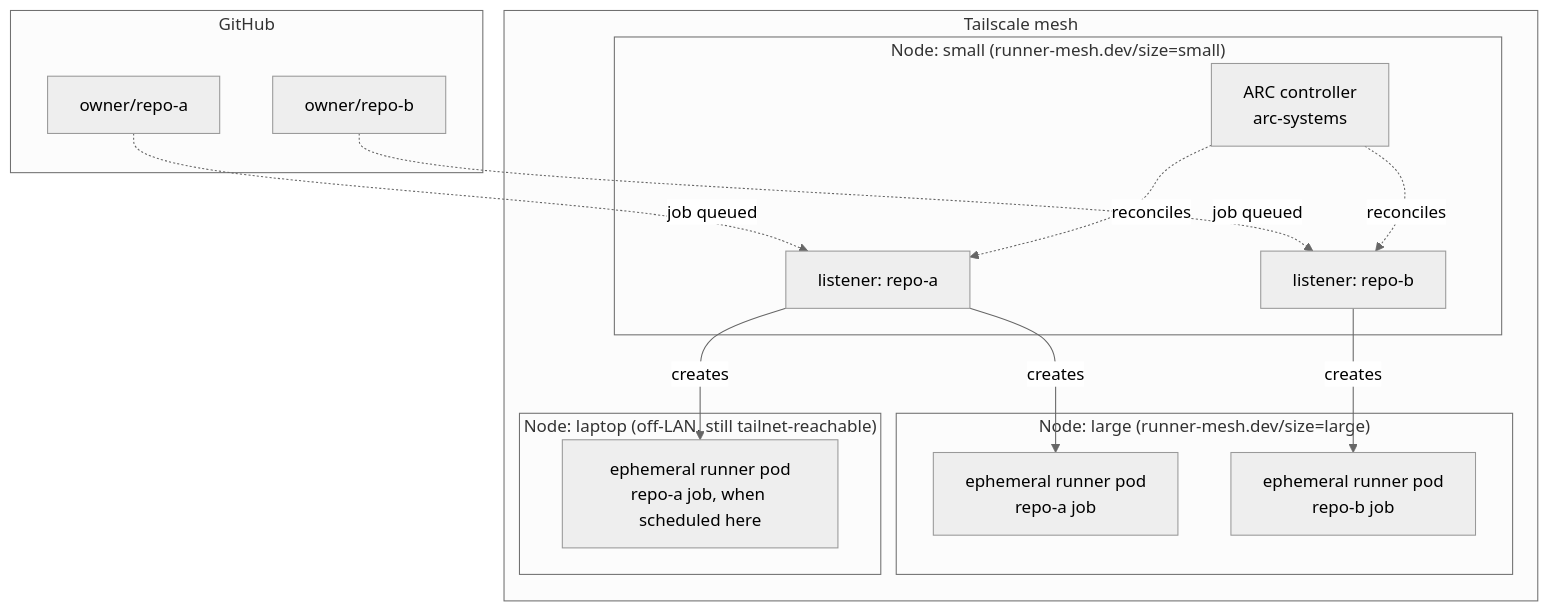
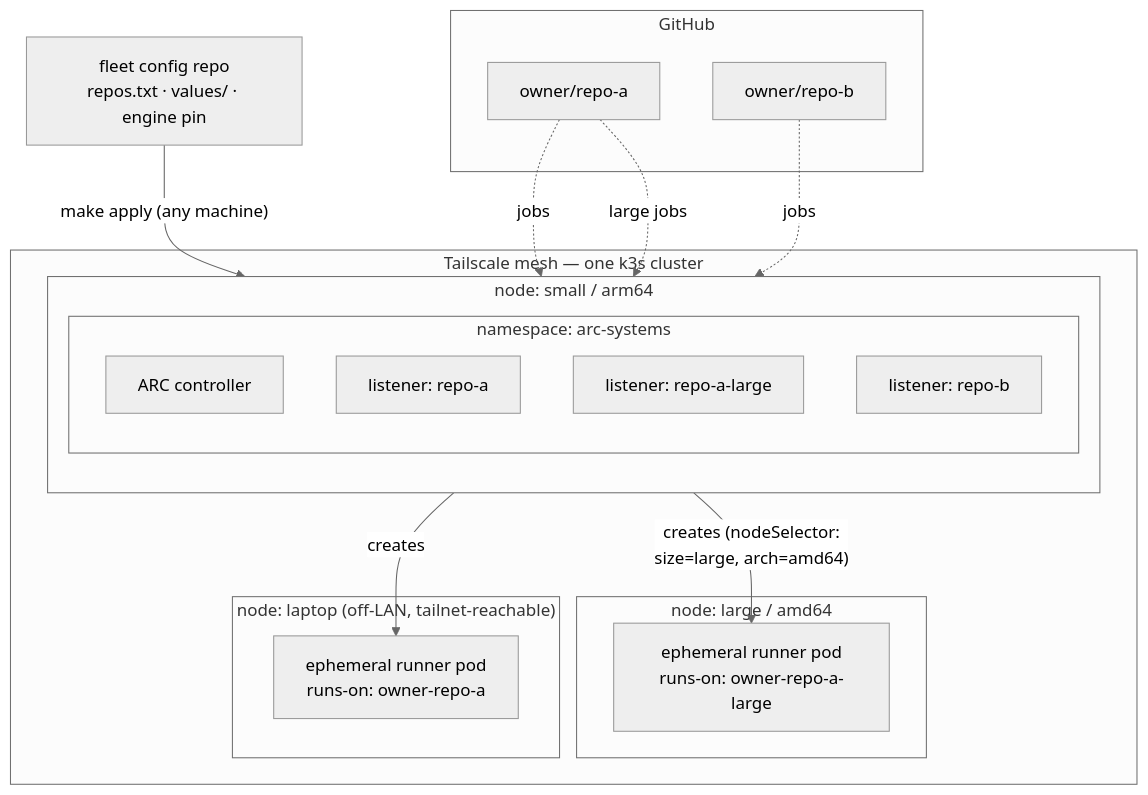
The first of 2 diagrams in README.md (eilst/runner-mesh), drawn with Mermaid (neutral theme) before and after one commit. The commit also changed other lines of this file, not shown here.

First line of the commit message:
docs: revamp README — fleet model, profile pools, honest status

````diff
--- a/README.md
+++ b/README.md
@@ -24,32 +24,36 @@
 ```mermaid
 flowchart TB
+    Fleet["fleet config repo\nrepos.txt · values/ · engine pin"]
+
     subgraph GH["GitHub"]
         RepoA[owner/repo-a]
         RepoB[owner/repo-b]
     end
 
-    subgraph TS["Tailscale mesh"]
-        subgraph Small["Node: small (runner-mesh.dev/size=small)"]
-            ARC[ARC controller\narc-systems]
-            LA[listener: repo-a]
-            LB[listener: repo-b]
+    subgraph TS["Tailscale mesh — one k3s cluster"]
+        subgraph Small["node: small / arm64"]
+            direction TB
+            subgraph Sys["namespace: arc-systems"]
+                ARC[ARC controller]
+                LA[listener: repo-a]
+                LAL[listener: repo-a-large]
+                LB[listener: repo-b]
+            end
         end
 
-        subgraph Large["Node: large (runner-mesh.dev/size=large)"]
-            RA[ephemeral runner pod\nrepo-a job]
-            RB[ephemeral runner pod\nrepo-b job]
+        subgraph Big["node: large / amd64"]
+            RAL["ephemeral runner pod\nruns-on: owner-repo-a-large"]
         end
 
-        subgraph Roaming["Node: laptop (off-LAN, still tailnet-reachable)"]
-            RA2[ephemeral runner pod\nrepo-a job, when scheduled here]
+        subgraph Roam["node: laptop (off-LAN, tailnet-reachable)"]
+            RA["ephemeral runner pod\nruns-on: owner-repo-a"]
         end
     end
 
-    RepoA -. job queued .-> LA
-    RepoB -. job queued .-> LB
-    ARC -.reconciles.-> LA
-    ARC -.reconciles.-> LB
+    Fleet -- "make apply (any machine)" --> ARC
+    RepoA -. jobs .-> LA
+    RepoA -. large jobs .-> LAL
+    RepoB -. jobs .-> LB
     LA -- creates --> RA
-    LA -- creates --> RA2
-    LB -- creates --> RB
+    LAL -- "creates (nodeSelector:\nsize=large, arch=amd64)" --> RAL
 ```
````
